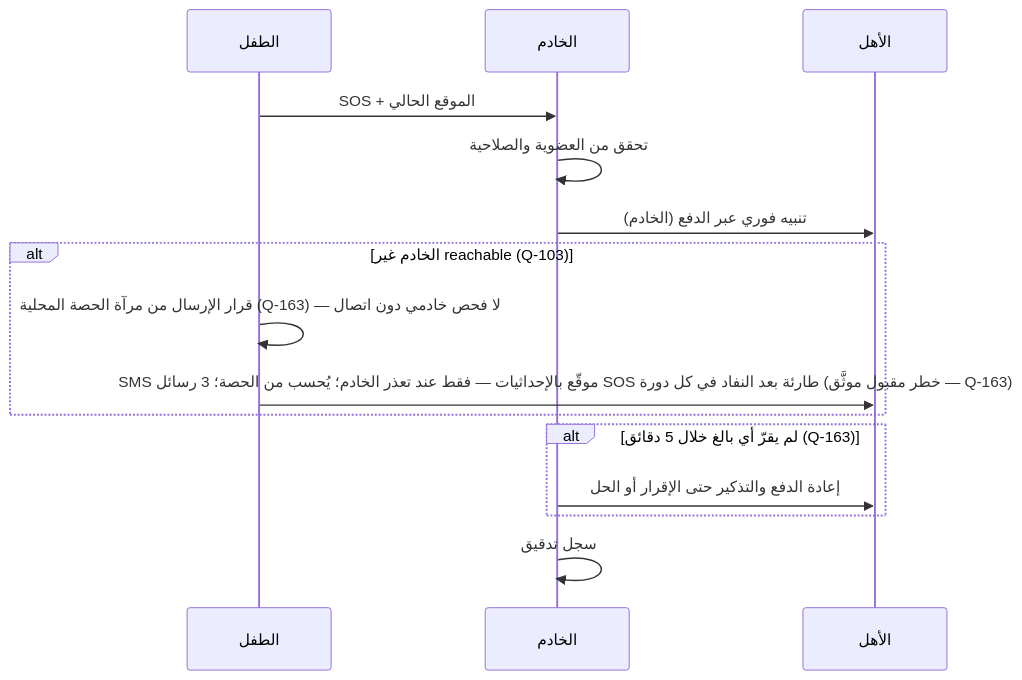
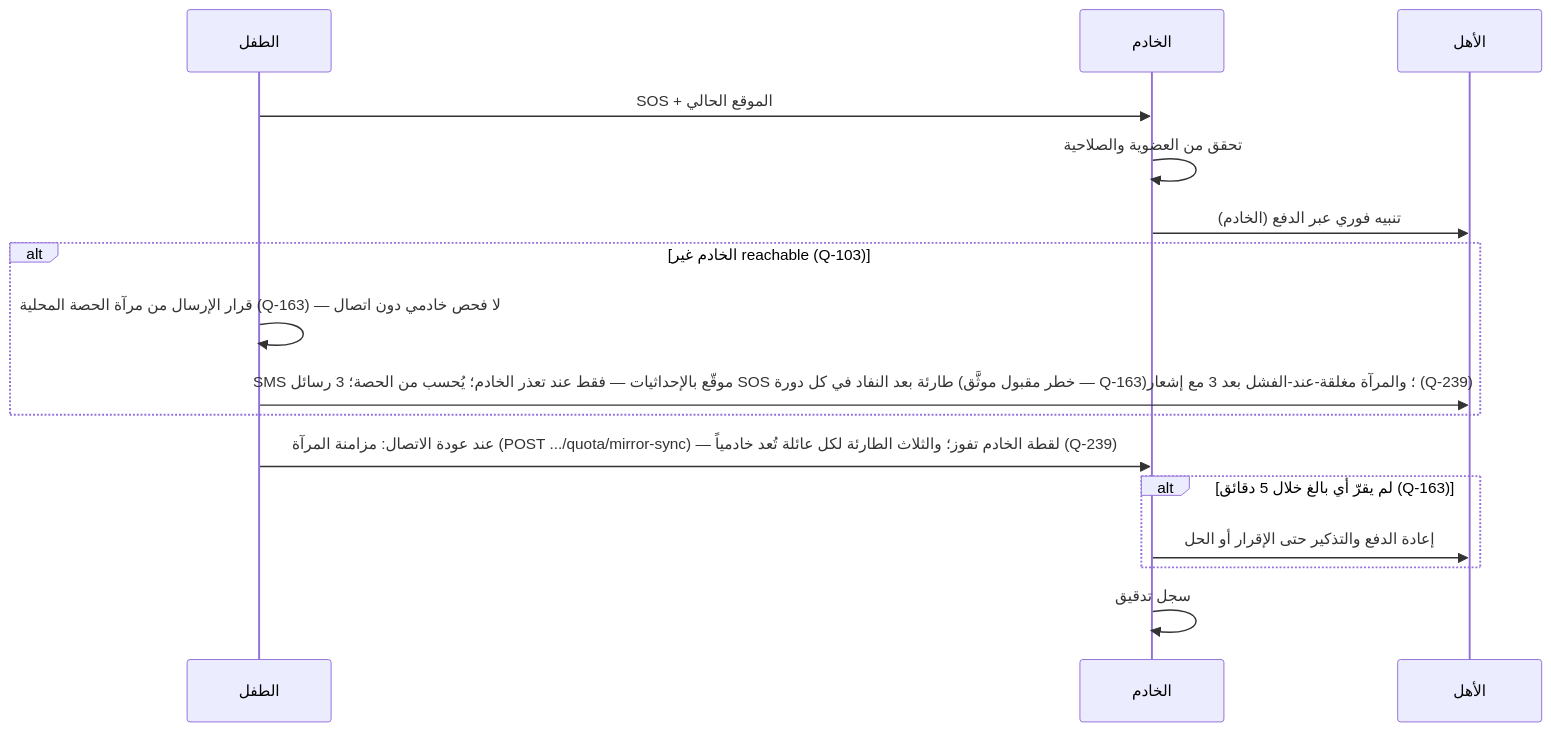
Before and after one commit to Bassam-mohammed-alqaeadi/family-os-v2: the sixth of 9 diagrams in docs/family-os/governance/architecture/ARCHITECTURE.md, drawn with Mermaid. The commit also changed other lines of this file and 2 other files, not shown here.

First line of the commit message:
B4: AUD-008 — بروتوكول مزامنة مرآة الحصة (Q-239)

````diff
--- a/docs/family-os/governance/architecture/ARCHITECTURE.md
+++ b/docs/family-os/governance/architecture/ARCHITECTURE.md
@@ -287,17 +287,18 @@
 ```mermaid
 sequenceDiagram
     participant C as الطفل
     participant S as الخادم
     participant P as الأهل
     C->>S: SOS + الموقع الحالي
     S->>S: تحقق من العضوية والصلاحية
     S->>P: تنبيه فوري عبر الدفع (الخادم)
     alt الخادم غير reachable (Q-103)
         C->>C: قرار الإرسال من مرآة الحصة المحلية (Q-163) — لا فحص خادمي دون اتصال
-        C->>P: SMS موقّع بالإحداثيات — فقط عند تعذر الخادم؛ يُحسب من الحصة؛ 3 رسائل SOS طارئة بعد النفاد في كل دورة (خطر مقبول موثَّق — Q-163)
+        C->>P: SMS موقّع بالإحداثيات — فقط عند تعذر الخادم؛ يُحسب من الحصة؛ 3 رسائل SOS طارئة بعد النفاد في كل دورة (خطر مقبول موثَّق — Q-163)؛ والمرآة مغلقة-عند-الفشل بعد 3 مع إشعار (Q-239)
     end
+    C->>S: عند عودة الاتصال: مزامنة المرآة (POST .../quota/mirror-sync) — لقطة الخادم تفوز؛ والثلاث الطارئة لكل عائلة تُعد خادمياً (Q-239)
     alt لم يقرّ أي بالغ خلال 5 دقائق (Q-163)
         S->>P: إعادة الدفع والتذكير حتى الإقرار أو الحل
     end
     S->>S: سجل تدقيق
 ```
````
